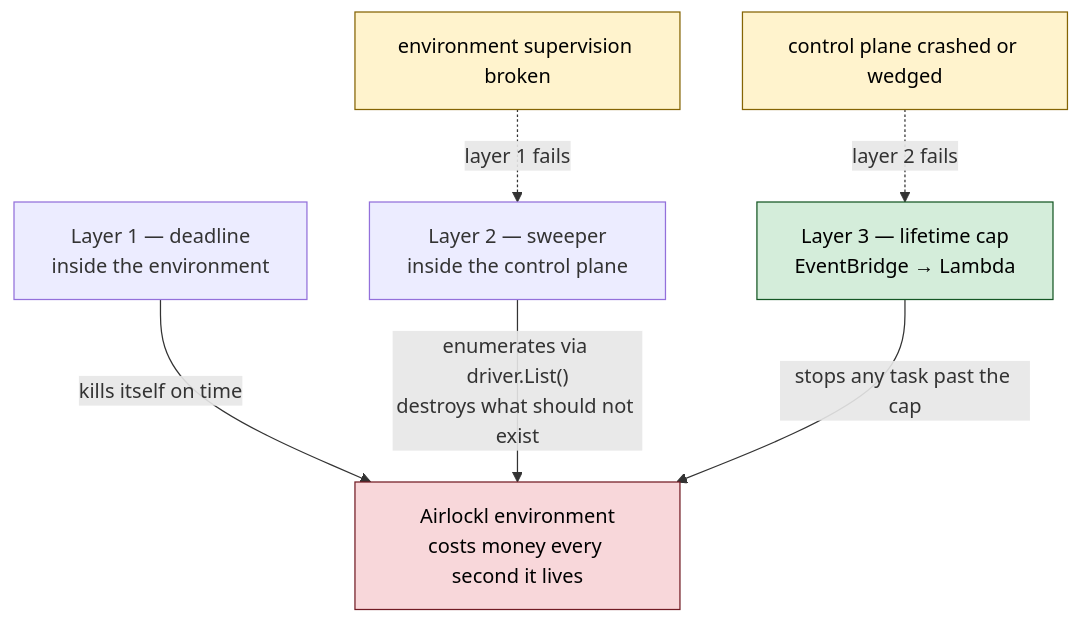
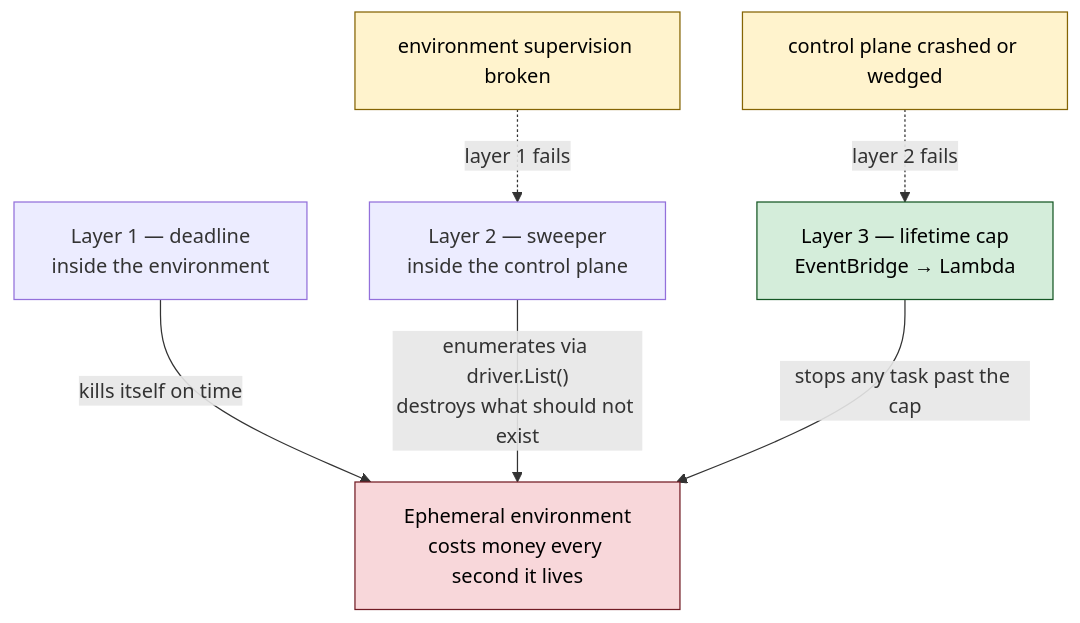
The third of 4 diagrams in README.md (bytes-as/airlock), drawn with Mermaid before and after one commit. The commit also changed other lines of this file and 9 other files, not shown here.

````diff
--- a/README.md
+++ b/README.md
@@ -327,20 +332,20 @@
 ```mermaid
 flowchart TB
-    ENV["Airlockl environment<br/>costs money every second it lives"]
+    ENV["Ephemeral environment<br/>costs money every second it lives"]
 
     L1["Layer 1 — deadline<br/>inside the environment"]
     L2["Layer 2 — sweeper<br/>inside the control plane"]
     L3["Layer 3 — lifetime cap<br/>EventBridge → Lambda"]
 
     L1 -->|"kills itself on time"| ENV
     L2 -->|"enumerates via driver.List()<br/>destroys what should not exist"| ENV
     L3 -->|"stops any task past the cap"| ENV
 
     F1["environment supervision broken"] -.->|"layer 1 fails"| L2
     F2["control plane crashed or wedged"] -.->|"layer 2 fails"| L3
 
     style L3 fill:#d4edda,stroke:#155724,color:#000
     style F1 fill:#fff3cd,stroke:#856404,color:#000
     style F2 fill:#fff3cd,stroke:#856404,color:#000
     style ENV fill:#f8d7da,stroke:#721c24,color:#000
 ```
````
